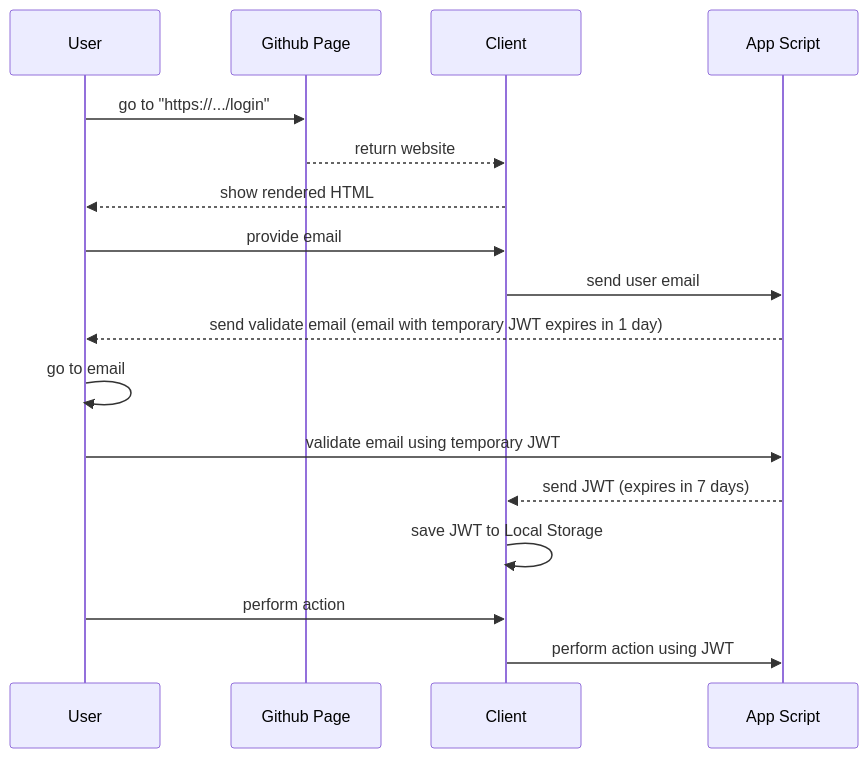
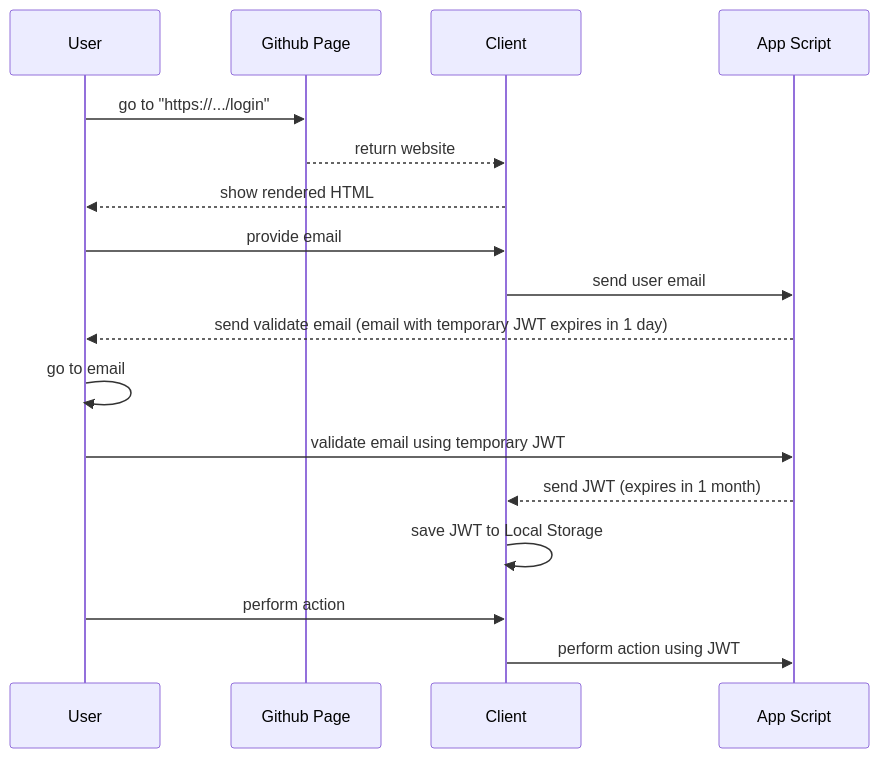
One commit to daovietanh190499/Shopsmon changed the ninth of 9 diagrams in README.md. Above: the diagram before and after it, drawn with Mermaid.

````diff
--- a/README.md
+++ b/README.md
@@ -197,15 +197,15 @@
 ```mermaid
 sequenceDiagram
 User ->> Github Page: go to "https://.../login"
 Github Page -->> Client: return website
 Client -->> User: show rendered HTML
 User ->> Client: provide email
 Client ->> App Script: send user email
 App Script -->> User: send validate email (email with temporary JWT expires in 1 day)
 User ->> User: go to email
 User ->> App Script: validate email using temporary JWT
-App Script-->>Client: send JWT (expires in 7 days)
+App Script-->>Client: send JWT (expires in 1 month)
 Client ->> Client: save JWT to Local Storage
 User ->> Client: perform action
 Client ->> App Script: perform action using JWT
 ```
````
